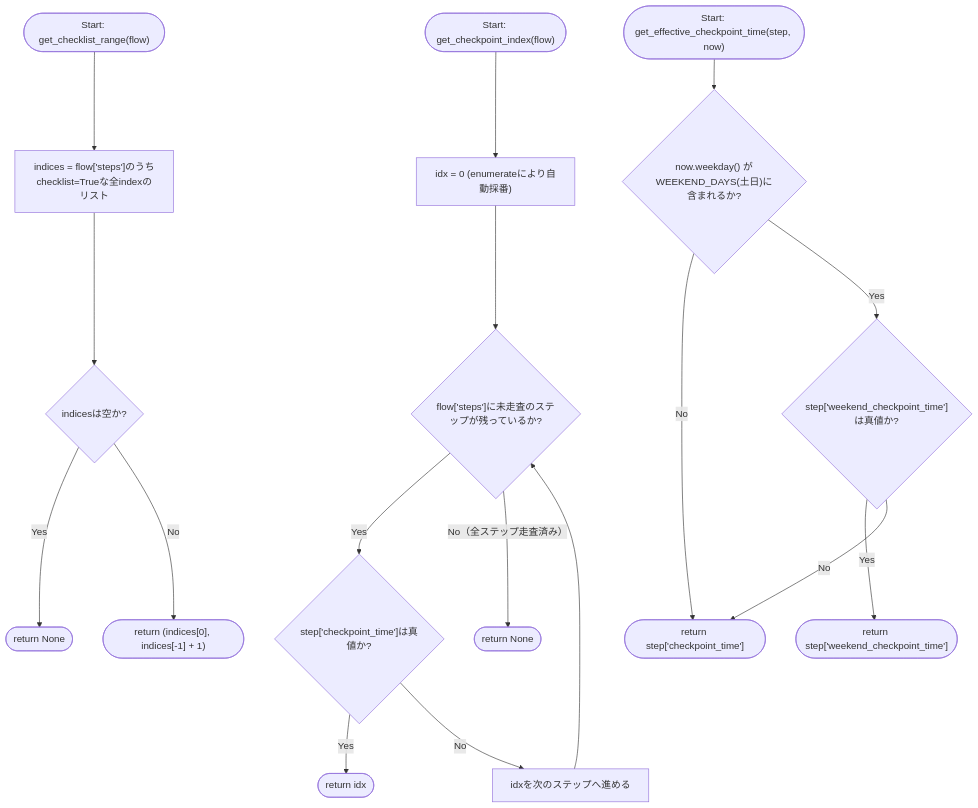
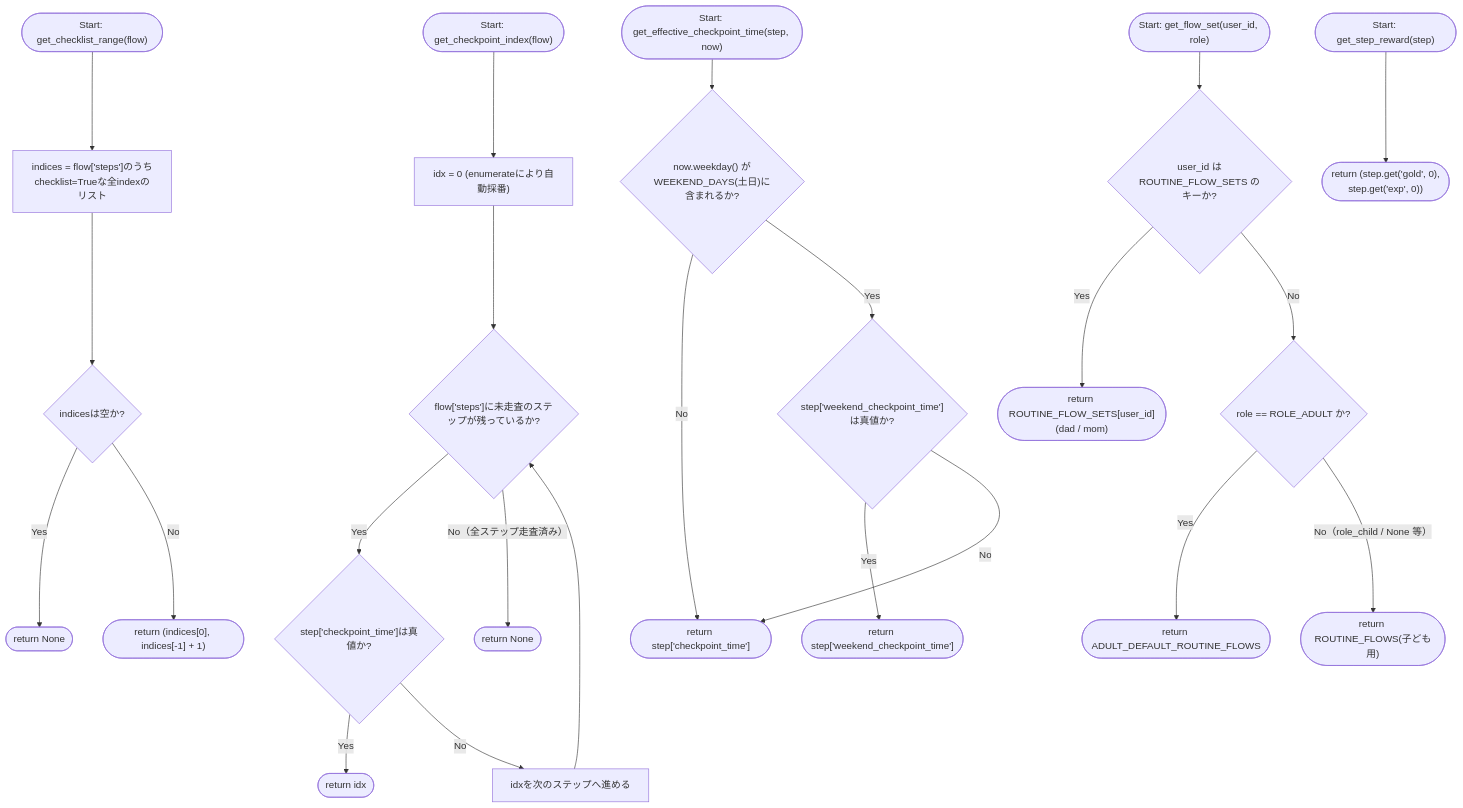
The first of 2 diagrams in docs/specifications/MY_HOME_SYSTEM/routine_data.md (mmtigers/my_python_project), drawn with Mermaid before and after one commit. The commit also changed other lines of this file and 19 other files, not shown here.

````diff
--- a/docs/specifications/MY_HOME_SYSTEM/routine_data.md
+++ b/docs/specifications/MY_HOME_SYSTEM/routine_data.md
@@ -237,21 +357,29 @@
 ```mermaid
 flowchart TD
     Start(["Start: get_checkpoint_index(flow)"]) --> Init["idx = 0 (enumerateにより自動採番)"]
     Init --> LoopCheck{"flow['steps']に未走査のステップが残っているか?"}
     LoopCheck -- Yes --> CheckpointCheck{"step['checkpoint_time']は真値か?"}
     CheckpointCheck -- Yes --> ReturnIdx(["return idx"])
     CheckpointCheck -- No --> NextStep["idxを次のステップへ進める"]
     NextStep --> LoopCheck
     LoopCheck -- No（全ステップ走査済み） --> ReturnNone(["return None"])
 
     RangeStart(["Start: get_checklist_range(flow)"]) --> CollectIndices["indices = flow['steps']のうちchecklist=Trueな全indexのリスト"]
     CollectIndices --> IndicesEmpty{"indicesは空か?"}
     IndicesEmpty -- Yes --> ReturnRangeNone(["return None"])
     IndicesEmpty -- No --> ReturnRange(["return (indices[0], indices[-1] + 1)"])
 
     EffStart(["Start: get_effective_checkpoint_time(step, now)"]) --> WeekendCheck{"now.weekday() が\nWEEKEND_DAYS(土日)に含まれるか?"}
     WeekendCheck -- No --> ReturnPlain(["return step['checkpoint_time']"])
     WeekendCheck -- Yes --> OverrideCheck{"step['weekend_checkpoint_time']は真値か?"}
     OverrideCheck -- Yes --> ReturnOverride(["return step['weekend_checkpoint_time']"])
     OverrideCheck -- No --> ReturnPlain
+
+    FlowSetStart(["Start: get_flow_set(user_id, role)"]) --> UserIdCheck{"user_id は\nROUTINE_FLOW_SETS のキーか?"}
+    UserIdCheck -- Yes --> ReturnUserSet(["return ROUTINE_FLOW_SETS[user_id]\n(dad / mom)"])
+    UserIdCheck -- No --> RoleCheck{"role == ROLE_ADULT か?"}
+    RoleCheck -- Yes --> ReturnAdultDefault(["return ADULT_DEFAULT_ROUTINE_FLOWS"])
+    RoleCheck -- No（role_child / None 等） --> ReturnChild(["return ROUTINE_FLOWS(子ども用)"])
+
+    RewardStart(["Start: get_step_reward(step)"]) --> ReturnReward(["return (step.get('gold', 0),\n        step.get('exp', 0))"])
 ```
````
